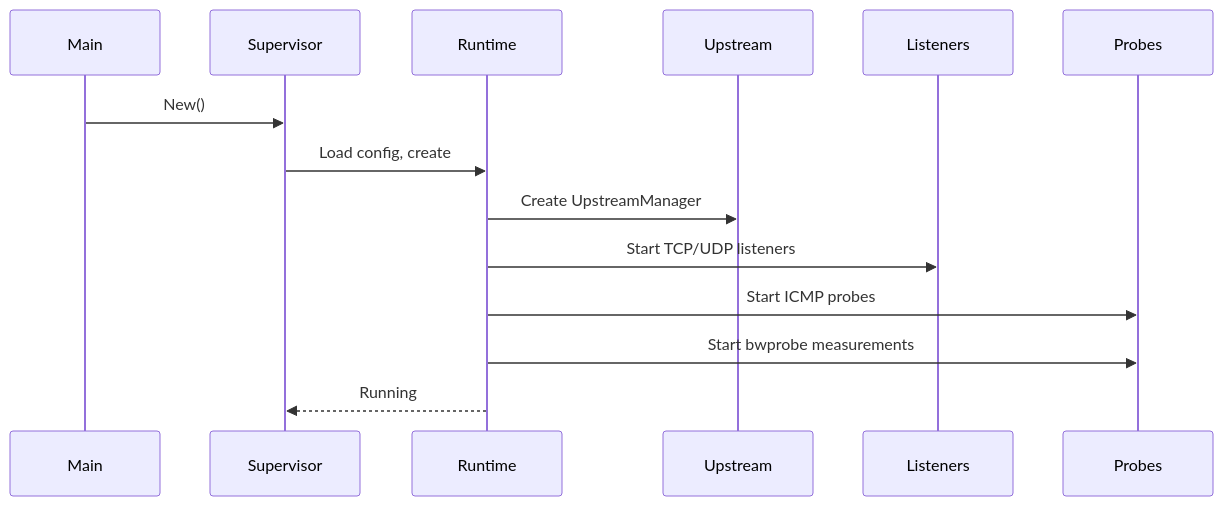
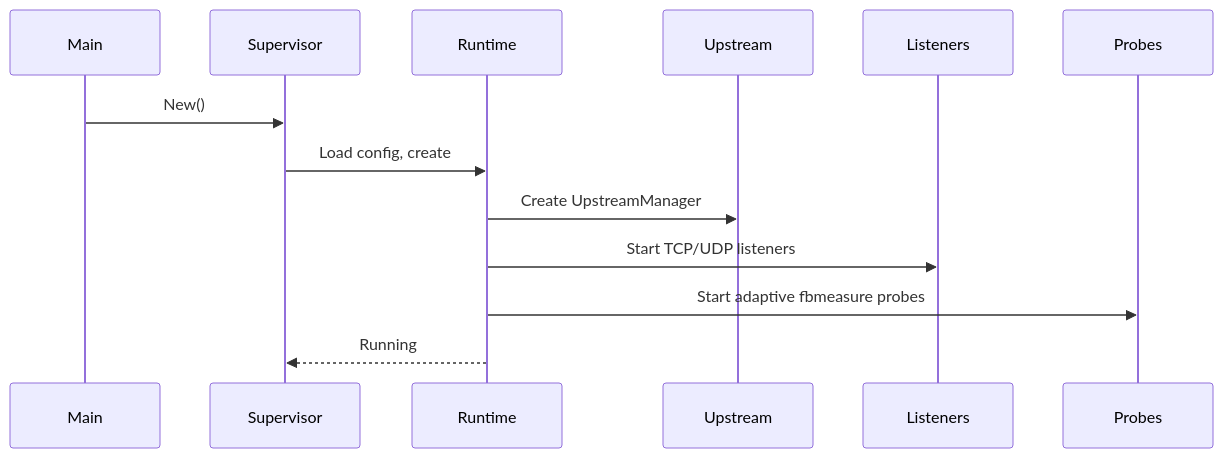
Before and after one commit to NodePath81/fbforward: the fourth of 14 diagrams in doc/diagrams.md, drawn with Mermaid. The commit also changed other lines of this file and 194 other files, not shown here.

````diff
--- a/doc/diagrams.md
+++ b/doc/diagrams.md
@@ -122,17 +118,16 @@
 ```mermaid
 sequenceDiagram
     participant Main
     participant Supervisor
     participant Runtime
     participant Upstream
     participant Listeners
     participant Probes
 
     Main->>Supervisor: New()
     Supervisor->>Runtime: Load config, create
     Runtime->>Upstream: Create UpstreamManager
     Runtime->>Listeners: Start TCP/UDP listeners
-    Runtime->>Probes: Start ICMP probes
-    Runtime->>Probes: Start bwprobe measurements
+    Runtime->>Probes: Start adaptive fbmeasure probes
     Runtime-->>Supervisor: Running
 ```
````
